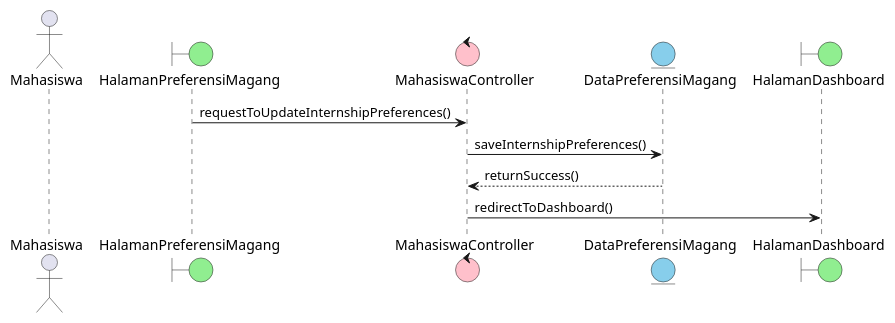
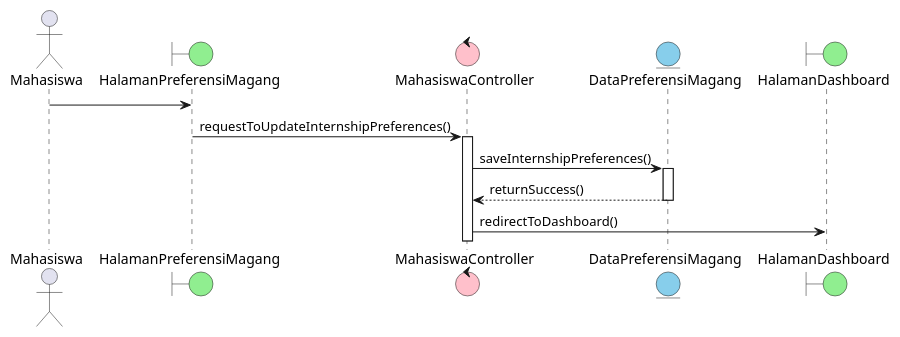
Before and after one commit to petrusthelastking/MAGNET-Magang-Network-And-Tracking: the diagram in docs/sequence-diagram/mahasiswa/05-mendapatkan-rekomendasi-magang.plantuml, drawn with PlantUML. The commit also changed 6 other files, not shown here.

Commit message:
doc: add streamline to some existing sequence diagram

```diff
--- a/docs/sequence-diagram/mahasiswa/05-mendapatkan-rekomendasi-magang.plantuml
+++ b/docs/sequence-diagram/mahasiswa/05-mendapatkan-rekomendasi-magang.plantuml
@@ -1,16 +1,20 @@
 @startuml mendapatkan-rekomendasi-magang
 
 actor Mahasiswa
 
 boundary HalamanPreferensiMagang #LightGreen
 control MahasiswaController #Pink
 entity DataPreferensiMagang #SkyBlue
 boundary HalamanDashboard #LightGreen
 
+Mahasiswa -> HalamanPreferensiMagang
 HalamanPreferensiMagang -> MahasiswaController : requestToUpdateInternshipPreferences()
+activate MahasiswaController
 MahasiswaController -> DataPreferensiMagang : saveInternshipPreferences()
+activate DataPreferensiMagang
 DataPreferensiMagang --> MahasiswaController : returnSuccess()
+deactivate DataPreferensiMagang
 MahasiswaController -> HalamanDashboard : redirectToDashboard()
 
 
 @enduml
```
